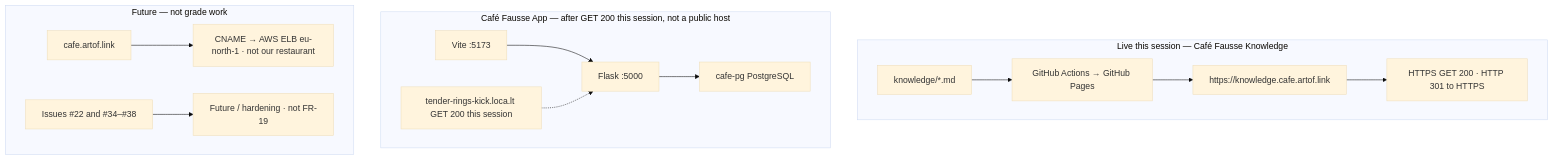
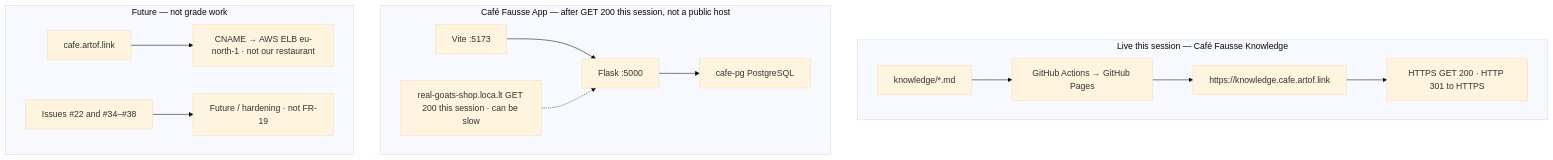
The diagram in knowledge/friday-plan.md (artofdream/aea-interactive-design), drawn with Mermaid (base theme) before and after one commit. The commit also changed other lines of this file and 5 other files, not shown here.

First line of the commit message:
docs(knowledge): refresh brief tunnel URL to real-goats-shop (#59)

````diff
--- a/knowledge/friday-plan.md
+++ b/knowledge/friday-plan.md
@@ -70,17 +70,17 @@
 ```mermaid
 flowchart TB
   subgraph LIVE["Live this session — Café Fausse Knowledge"]
     MD["knowledge/*.md"] --> BUILD["GitHub Actions → GitHub Pages"]
     BUILD --> KH["https://knowledge.cafe.artof.link"]
     KH --> OK["HTTPS GET 200 · HTTP 301 to HTTPS"]
   end
   subgraph APP["Café Fausse App — after GET 200 this session, not a public host"]
     VITE["Vite :5173"] --> FLASK["Flask :5000"]
     FLASK --> PG["cafe-pg PostgreSQL"]
-    TUN["tender-rings-kick.loca.lt GET 200 this session"] -.-> FLASK
+    TUN["real-goats-shop.loca.lt GET 200 this session · can be slow"] -.-> FLASK
   end
   subgraph FUT["Future — not grade work"]
     CAFE["cafe.artof.link"] --> ELB["CNAME → AWS ELB eu-north-1 · not our restaurant"]
     FS["Issues #22 and #34–#38"] --> PARK["Future / hardening · not FR-19"]
   end
 ```
````
